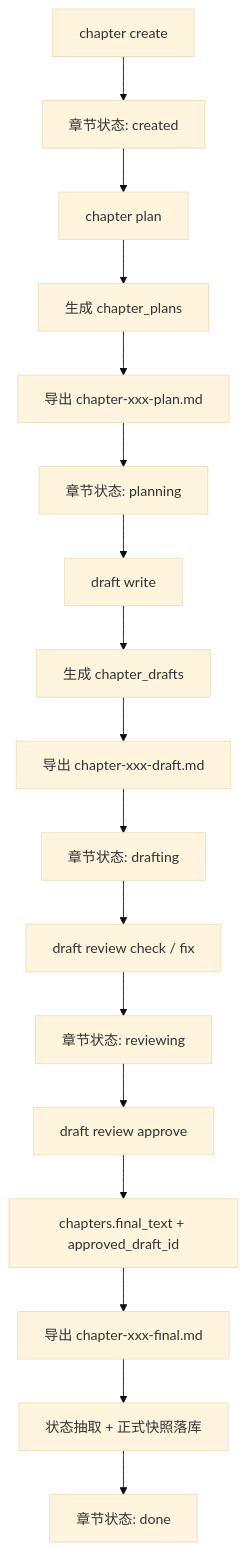
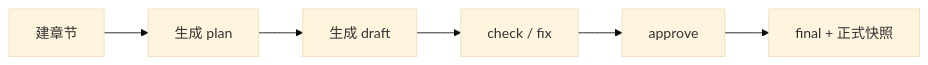
The second of 4 diagrams in README.md (housirvip/hai-novel), drawn with Mermaid (base theme) before and after one commit. The commit also changed other lines of this file, not shown here.

First line of the commit message:
docs: 更新架构图与流程文档以简化说明

````diff
--- a/README.md
+++ b/README.md
@@ -205,19 +204,8 @@
 ```mermaid
-flowchart TD
-  A["chapter create"] --> B["章节状态: created"]
-  B --> C["chapter plan"]
-  C --> D["生成 chapter_plans"]
-  D --> E["导出 chapter-xxx-plan.md"]
-  E --> F["章节状态: planning"]
-  F --> G["draft write"]
-  G --> H["生成 chapter_drafts"]
-  H --> I["导出 chapter-xxx-draft.md"]
-  I --> J["章节状态: drafting"]
-  J --> K["draft review check / fix"]
-  K --> L["章节状态: reviewing"]
-  L --> M["draft review approve"]
-  M --> N["chapters.final_text + approved_draft_id"]
-  N --> O["导出 chapter-xxx-final.md"]
-  O --> P["状态抽取 + 正式快照落库"]
-  P --> Q["章节状态: done"]
+flowchart LR
+  A["建章节"] --> B["生成 plan"]
+  B --> C["生成 draft"]
+  C --> D["check / fix"]
+  D --> E["approve"]
+  E --> F["final + 正式快照"]
 ```
````
